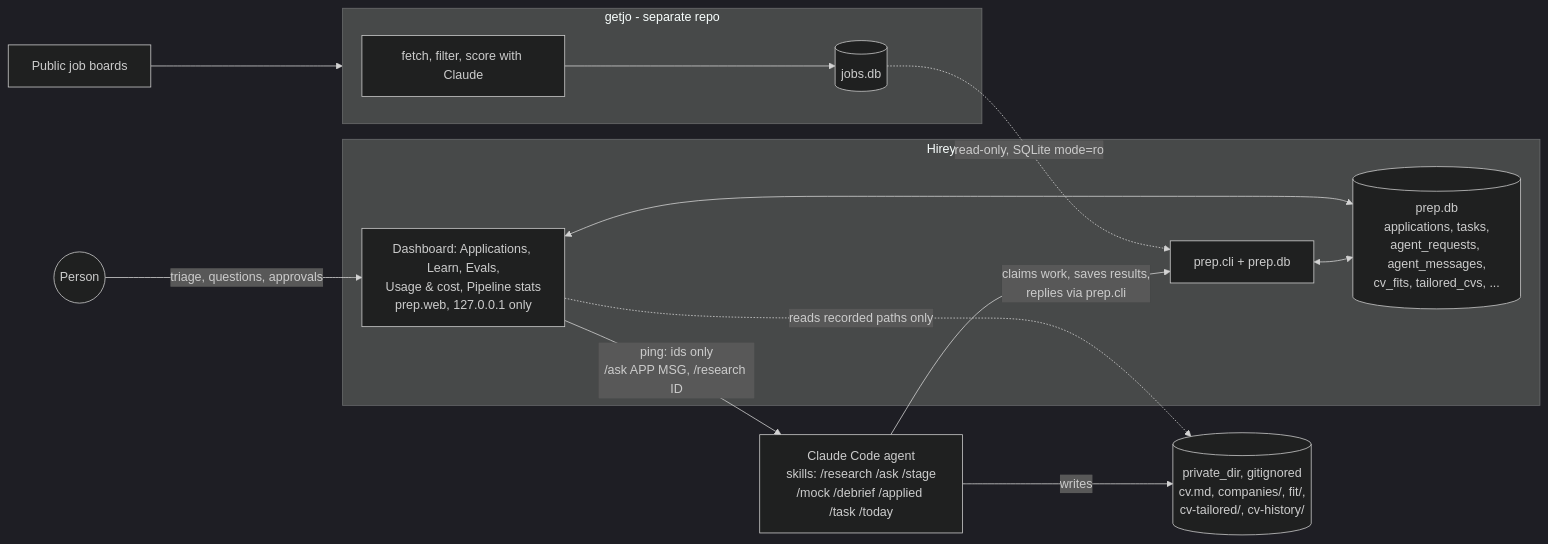
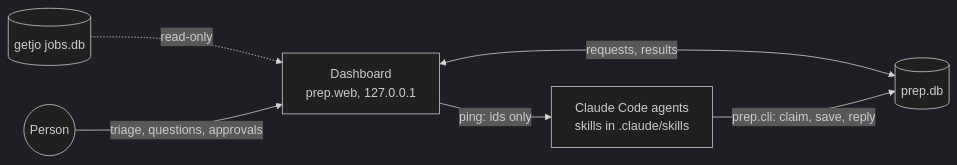
One commit to Pavlana/hirey changed the diagram in README.md. Above: the diagram before and after it, drawn with Mermaid (dark theme). The commit also changed other lines of this file and 45 other files, not shown here.

First line of the commit message:
Docs refresh: concise README, fresh screenshots, skills and usage current (#53)

````diff
--- a/README.md
+++ b/README.md
@@ -91,19 +38,8 @@
 ```mermaid
 flowchart LR
-    boards[Public job boards] --> getjo
-    subgraph getjo [getjo - separate repo]
-        score[fetch, filter, score with Claude] --> jobs[(jobs.db)]
-    end
-    jobs -. read-only, SQLite mode=ro .-> core
-
-    subgraph hirey [Hirey]
-        web[Dashboard: Applications, Learn, Evals,<br/>Usage & cost, Pipeline stats<br/>prep.web, 127.0.0.1 only] <--> db[(prep.db<br/>applications, tasks,<br/>agent_requests, agent_messages,<br/>cv_fits, tailored_cvs, ...)]
-        core[prep.cli + prep.db] <--> db
-    end
-
-    user((Person)) -- triage, questions, approvals --> web
-    web -- "ping: ids only<br/>/ask APP MSG, /research ID" --> agent
-    agent[Claude Code agent<br/>skills: /research /ask /stage<br/>/mock /debrief /applied /task /today] -- "claims work, saves results,<br/>replies via prep.cli" --> core
-    agent -- writes --> private[(private_dir, gitignored<br/>cv.md, companies/, fit/,<br/>cv-tailored/, cv-history/)]
-    web -. reads recorded paths only .-> private
+    getjo[("getjo jobs.db")] -. "read-only" .-> hirey
+    person((Person)) -- "triage, questions, approvals" --> hirey["Dashboard<br/>prep.web, 127.0.0.1"]
+    hirey <-- "requests, results" --> db[("prep.db")]
+    hirey -- "ping: ids only" --> agents["Claude Code agents<br/>skills in .claude/skills"]
+    agents -- "prep.cli: claim, save, reply" --> db
 ```
````
